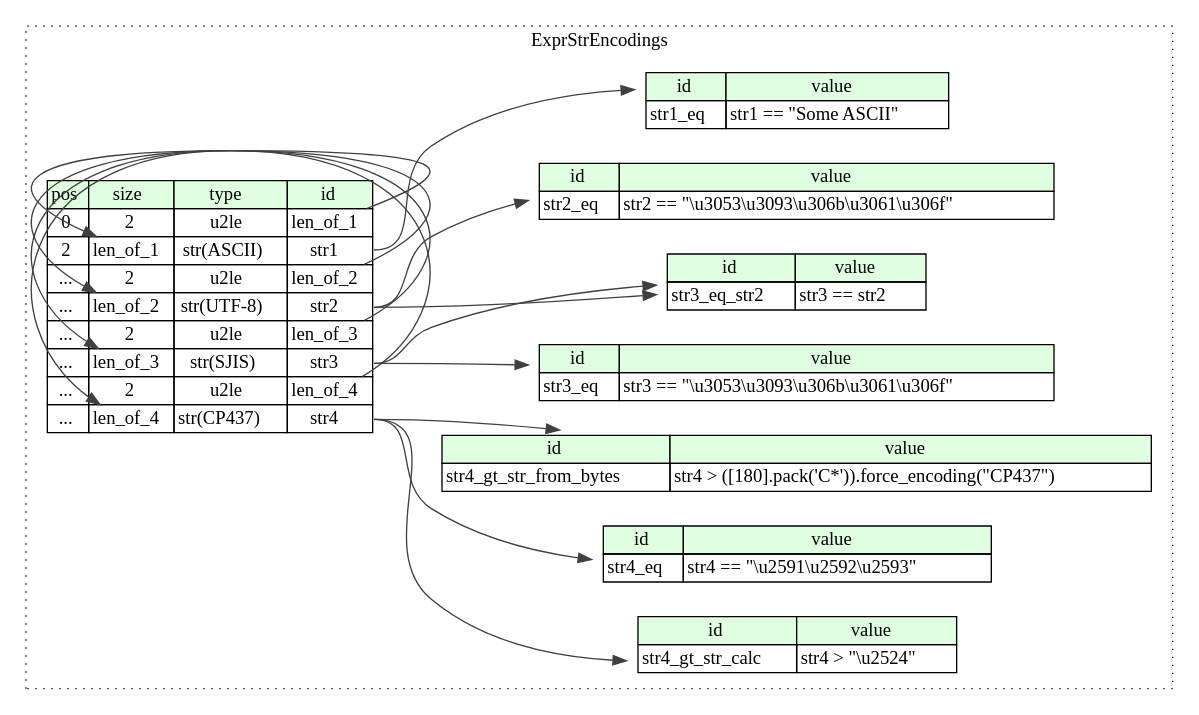
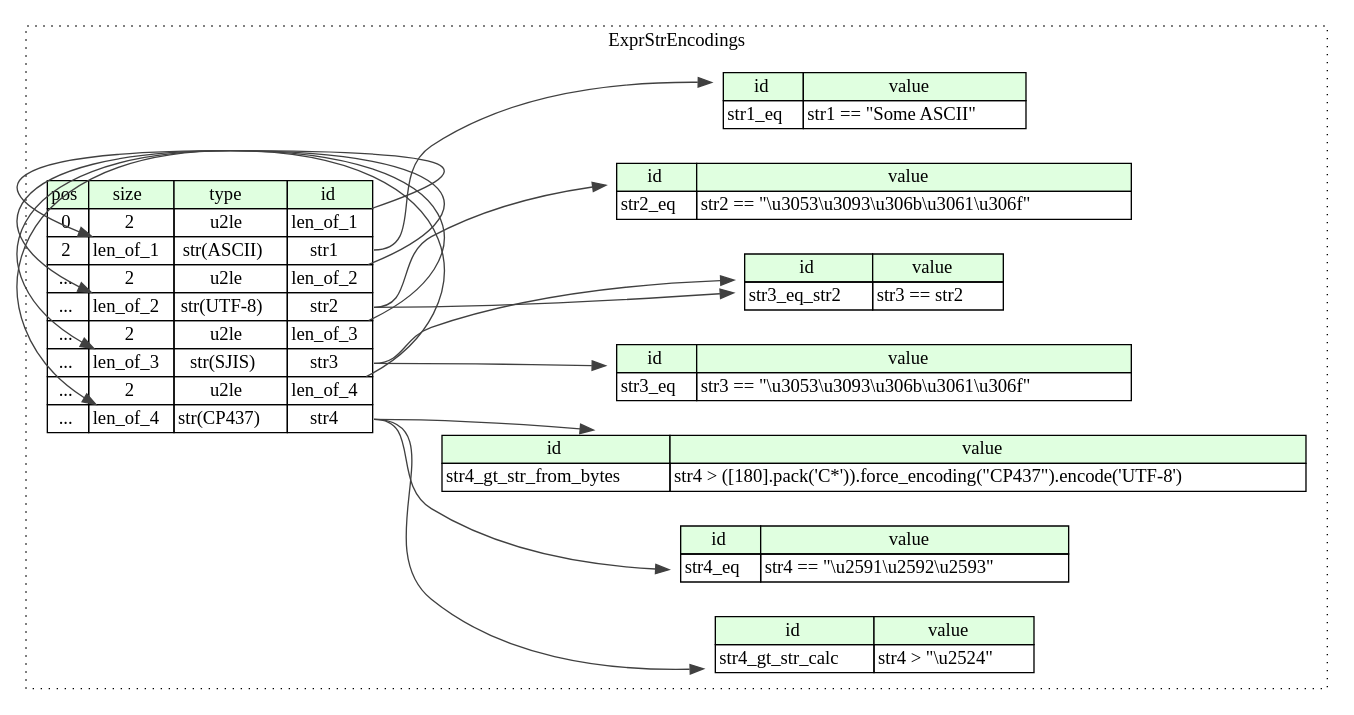
Before and after one commit to kaitai-io/ci_targets: the diagram in compiled/graphviz/expr_str_encodings.dot, drawn with Graphviz. The commit also changed 33 other files, not shown here.

```diff
--- a/compiled/graphviz/expr_str_encodings.dot
+++ b/compiled/graphviz/expr_str_encodings.dot
@@ -1,60 +1,60 @@
 digraph {
 	rankdir=LR;
 	node [shape=plaintext];
 	subgraph cluster__expr_str_encodings {
 		label="ExprStrEncodings";
 		graph[style=dotted];
 
 		expr_str_encodings__seq [label=<<TABLE BORDER="0" CELLBORDER="1" CELLSPACING="0">
 			<TR><TD BGCOLOR="#E0FFE0">pos</TD><TD BGCOLOR="#E0FFE0">size</TD><TD BGCOLOR="#E0FFE0">type</TD><TD BGCOLOR="#E0FFE0">id</TD></TR>
 			<TR><TD PORT="len_of_1_pos">0</TD><TD PORT="len_of_1_size">2</TD><TD>u2le</TD><TD PORT="len_of_1_type">len_of_1</TD></TR>
 			<TR><TD PORT="str1_pos">2</TD><TD PORT="str1_size">len_of_1</TD><TD>str(ASCII)</TD><TD PORT="str1_type">str1</TD></TR>
 			<TR><TD PORT="len_of_2_pos">...</TD><TD PORT="len_of_2_size">2</TD><TD>u2le</TD><TD PORT="len_of_2_type">len_of_2</TD></TR>
 			<TR><TD PORT="str2_pos">...</TD><TD PORT="str2_size">len_of_2</TD><TD>str(UTF-8)</TD><TD PORT="str2_type">str2</TD></TR>
 			<TR><TD PORT="len_of_3_pos">...</TD><TD PORT="len_of_3_size">2</TD><TD>u2le</TD><TD PORT="len_of_3_type">len_of_3</TD></TR>
 			<TR><TD PORT="str3_pos">...</TD><TD PORT="str3_size">len_of_3</TD><TD>str(SJIS)</TD><TD PORT="str3_type">str3</TD></TR>
 			<TR><TD PORT="len_of_4_pos">...</TD><TD PORT="len_of_4_size">2</TD><TD>u2le</TD><TD PORT="len_of_4_type">len_of_4</TD></TR>
 			<TR><TD PORT="str4_pos">...</TD><TD PORT="str4_size">len_of_4</TD><TD>str(CP437)</TD><TD PORT="str4_type">str4</TD></TR>
 		</TABLE>>];
 		expr_str_encodings__inst__str4_gt_str_from_bytes [label=<<TABLE BORDER="0" CELLBORDER="1" CELLSPACING="0">
 			<TR><TD BGCOLOR="#E0FFE0">id</TD><TD BGCOLOR="#E0FFE0">value</TD></TR>
-			<TR><TD>str4_gt_str_from_bytes</TD><TD>str4 &gt; ([180].pack('C*')).force_encoding(&quot;CP437&quot;)</TD></TR>
+			<TR><TD>str4_gt_str_from_bytes</TD><TD>str4 &gt; ([180].pack('C*')).force_encoding(&quot;CP437&quot;).encode('UTF-8')</TD></TR>
 		</TABLE>>];
 		expr_str_encodings__inst__str1_eq [label=<<TABLE BORDER="0" CELLBORDER="1" CELLSPACING="0">
 			<TR><TD BGCOLOR="#E0FFE0">id</TD><TD BGCOLOR="#E0FFE0">value</TD></TR>
 			<TR><TD>str1_eq</TD><TD>str1 == &quot;Some ASCII&quot;</TD></TR>
 		</TABLE>>];
 		expr_str_encodings__inst__str4_eq [label=<<TABLE BORDER="0" CELLBORDER="1" CELLSPACING="0">
 			<TR><TD BGCOLOR="#E0FFE0">id</TD><TD BGCOLOR="#E0FFE0">value</TD></TR>
 			<TR><TD>str4_eq</TD><TD>str4 == &quot;\u2591\u2592\u2593&quot;</TD></TR>
 		</TABLE>>];
 		expr_str_encodings__inst__str3_eq_str2 [label=<<TABLE BORDER="0" CELLBORDER="1" CELLSPACING="0">
 			<TR><TD BGCOLOR="#E0FFE0">id</TD><TD BGCOLOR="#E0FFE0">value</TD></TR>
 			<TR><TD>str3_eq_str2</TD><TD>str3 == str2</TD></TR>
 		</TABLE>>];
 		expr_str_encodings__inst__str4_gt_str_calc [label=<<TABLE BORDER="0" CELLBORDER="1" CELLSPACING="0">
 			<TR><TD BGCOLOR="#E0FFE0">id</TD><TD BGCOLOR="#E0FFE0">value</TD></TR>
 			<TR><TD>str4_gt_str_calc</TD><TD>str4 &gt; &quot;\u2524&quot;</TD></TR>
 		</TABLE>>];
 		expr_str_encodings__inst__str2_eq [label=<<TABLE BORDER="0" CELLBORDER="1" CELLSPACING="0">
 			<TR><TD BGCOLOR="#E0FFE0">id</TD><TD BGCOLOR="#E0FFE0">value</TD></TR>
 			<TR><TD>str2_eq</TD><TD>str2 == &quot;\u3053\u3093\u306b\u3061\u306f&quot;</TD></TR>
 		</TABLE>>];
 		expr_str_encodings__inst__str3_eq [label=<<TABLE BORDER="0" CELLBORDER="1" CELLSPACING="0">
 			<TR><TD BGCOLOR="#E0FFE0">id</TD><TD BGCOLOR="#E0FFE0">value</TD></TR>
 			<TR><TD>str3_eq</TD><TD>str3 == &quot;\u3053\u3093\u306b\u3061\u306f&quot;</TD></TR>
 		</TABLE>>];
 	}
 	expr_str_encodings__seq:len_of_1_type -> expr_str_encodings__seq:str1_size [color="#404040"];
 	expr_str_encodings__seq:len_of_2_type -> expr_str_encodings__seq:str2_size [color="#404040"];
 	expr_str_encodings__seq:len_of_3_type -> expr_str_encodings__seq:str3_size [color="#404040"];
 	expr_str_encodings__seq:len_of_4_type -> expr_str_encodings__seq:str4_size [color="#404040"];
 	expr_str_encodings__seq:str4_type -> expr_str_encodings__inst__str4_gt_str_from_bytes [color="#404040"];
 	expr_str_encodings__seq:str1_type -> expr_str_encodings__inst__str1_eq [color="#404040"];
 	expr_str_encodings__seq:str4_type -> expr_str_encodings__inst__str4_eq [color="#404040"];
 	expr_str_encodings__seq:str3_type -> expr_str_encodings__inst__str3_eq_str2 [color="#404040"];
 	expr_str_encodings__seq:str2_type -> expr_str_encodings__inst__str3_eq_str2 [color="#404040"];
 	expr_str_encodings__seq:str4_type -> expr_str_encodings__inst__str4_gt_str_calc [color="#404040"];
 	expr_str_encodings__seq:str2_type -> expr_str_encodings__inst__str2_eq [color="#404040"];
 	expr_str_encodings__seq:str3_type -> expr_str_encodings__inst__str3_eq [color="#404040"];
 }
```
